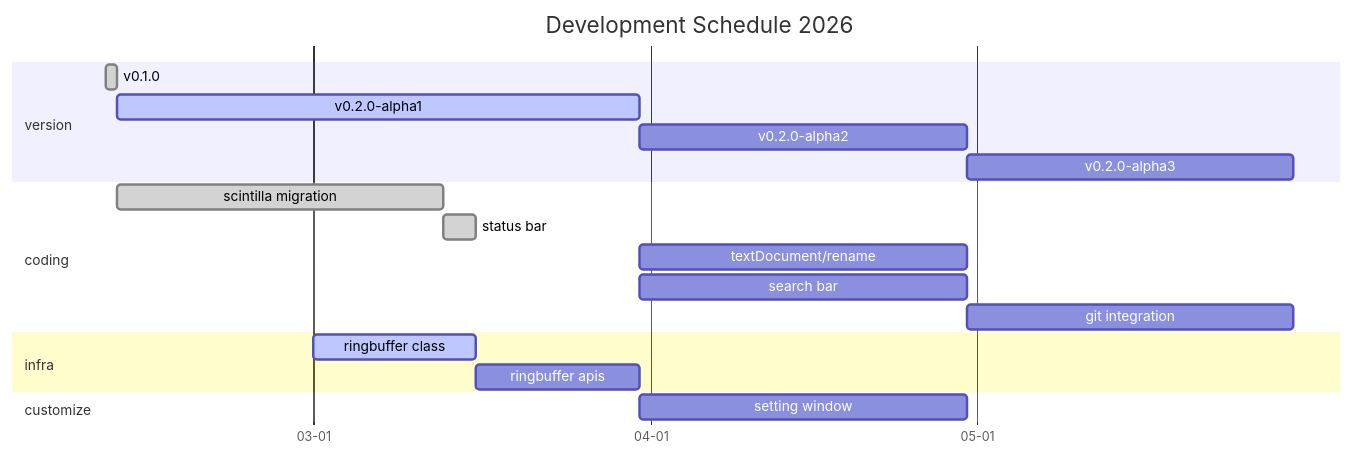
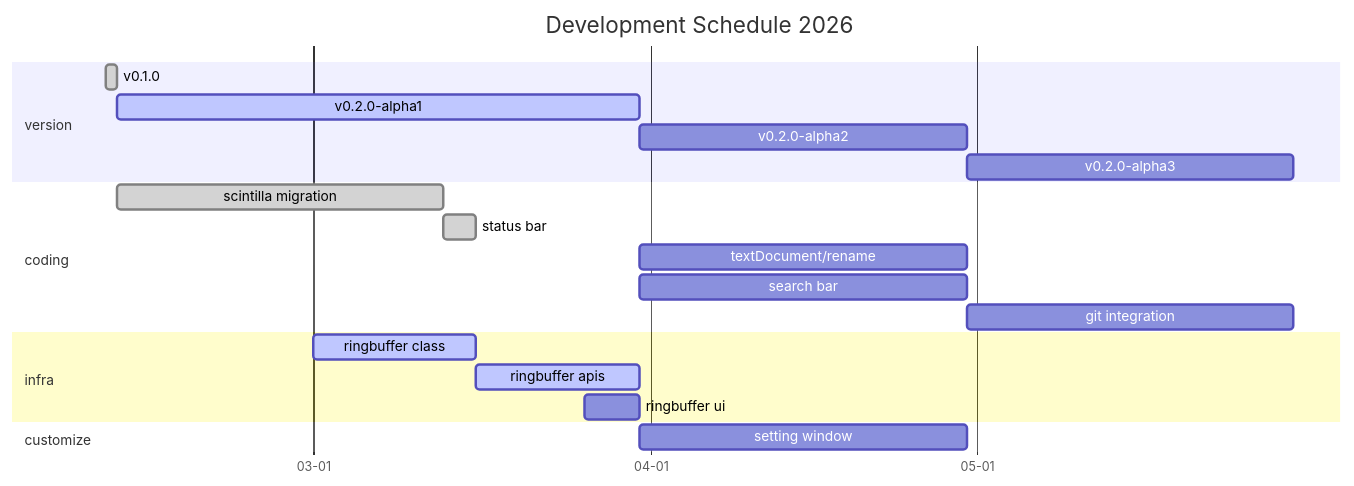
Before and after one commit to zyt20001205/UniComm2: the second of 3 diagrams in readme.md, drawn with Mermaid. The commit also changed other lines of this file and 23 other files, not shown here.

````diff
--- a/readme.md
+++ b/readme.md
@@ -79,27 +79,28 @@
 ```mermaid
 gantt
     title Development Schedule 2026
     dateFormat MM-DD
     axisFormat %m-%d
     tickInterval 1month
 
     section version
         v0.1.0: done, 02-10, 1d
         v0.2.0-alpha1: active, 02-11, 48d
         v0.2.0-alpha2: 03-31, 30d
         v0.2.0-alpha3: 04-30, 30d
 
     section coding
         scintilla migration: done, 02-11, 30d
-        status bar: done, 3d
+        status bar: done, 03-13, 3d
         textDocument/rename: 03-31, 30d
         search bar: 03-31, 30d
         git integration: 04-30, 30d
 
     section infra
         ringbuffer class: active, 03-01, 15d
-        ringbuffer apis: 15d
+        ringbuffer apis: active, 03-16, 15d
+        ringbuffer ui: 03-26, 5d
 
     section customize
         setting window: 03-31, 30d
 ```
````
